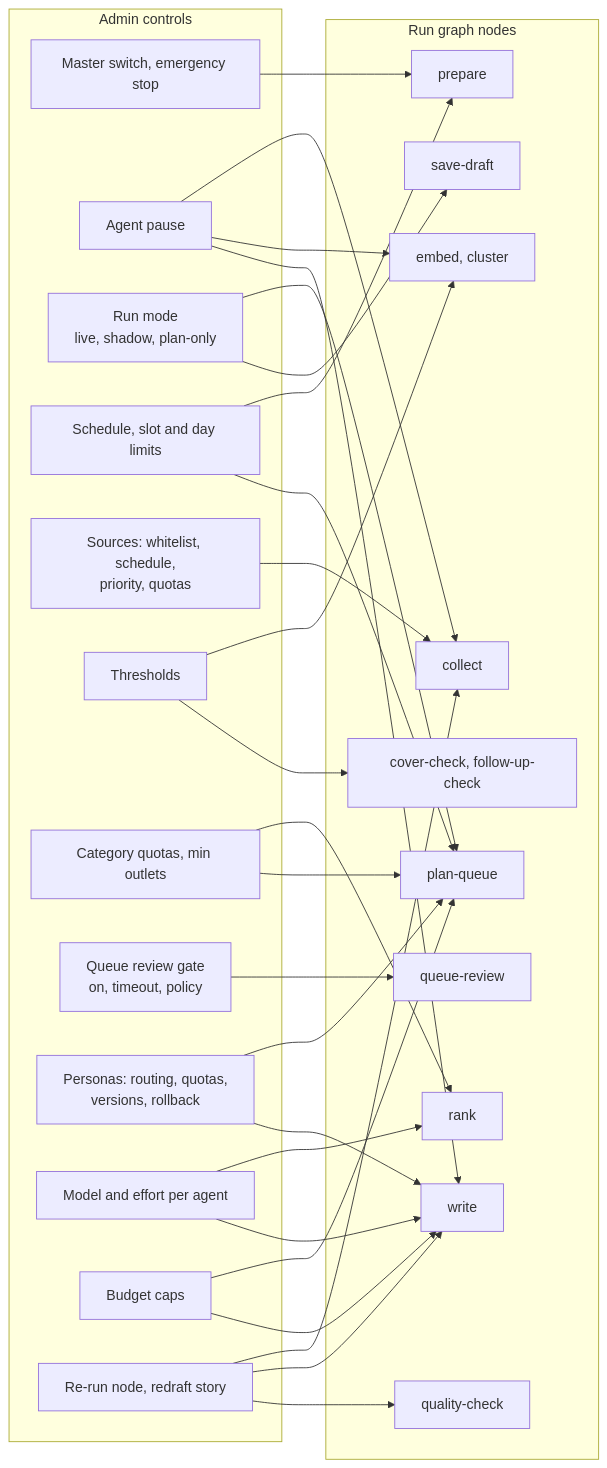
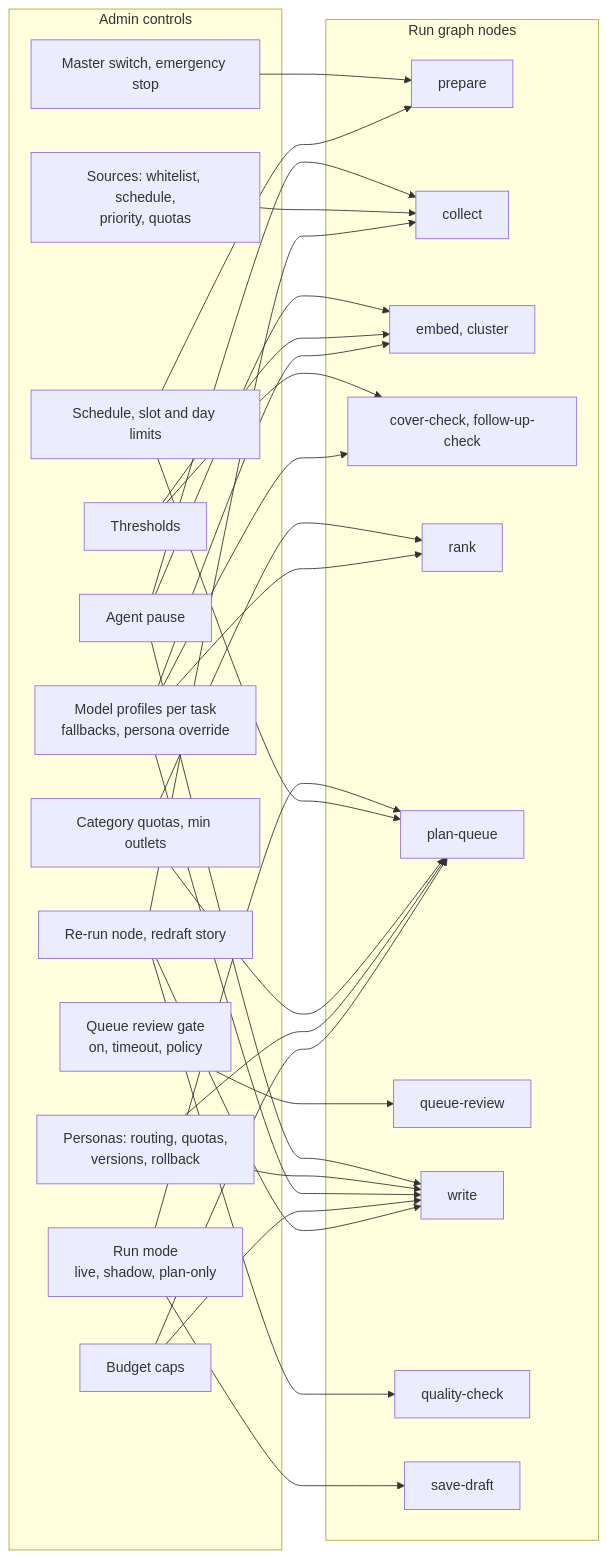
Diagram 19 of 20 in docs/ai-news-automation-plan.md (foysalahmedmin/z-news), drawn with Mermaid before and after one commit. The commit also changed other lines of this file, not shown here.

Commit message:
docs: make Gemini the default model with a provider-agnostic model layer in AI news automation plan

````diff
--- a/docs/ai-news-automation-plan.md
+++ b/docs/ai-news-automation-plan.md
@@ -1836,52 +1867,54 @@
 ```mermaid
 flowchart LR
     subgraph CTRL["Admin controls"]
         M1["Master switch, emergency stop"]
         M2["Agent pause"]
         M3["Run mode<br/>live, shadow, plan-only"]
         M4["Schedule, slot and day limits"]
         M5["Sources: whitelist, schedule,<br/>priority, quotas"]
         M6["Thresholds"]
         M7["Category quotas, min outlets"]
         M8["Queue review gate<br/>on, timeout, policy"]
         M9["Personas: routing, quotas,<br/>versions, rollback"]
-        M10["Model and effort per agent"]
+        M10["Model profiles per task<br/>fallbacks, persona override"]
         M11["Budget caps"]
         M12["Re-run node, redraft story"]
     end
     subgraph NODES["Run graph nodes"]
         N0["prepare"]
         N1["collect"]
         N2["embed, cluster"]
         N3["cover-check, follow-up-check"]
         N4["rank"]
         N5["plan-queue"]
         N6["queue-review"]
         N7["write"]
         N8["quality-check"]
         N9["save-draft"]
     end
     M1 --> N0
     M2 --> N1
     M2 --> N2
     M2 --> N7
     M3 --> N5
     M3 --> N9
     M4 --> N0
     M4 --> N5
     M5 --> N1
     M6 --> N2
     M6 --> N3
     M7 --> N4
     M7 --> N5
     M8 --> N6
     M9 --> N5
     M9 --> N7
+    M10 --> N2
+    M10 --> N3
     M10 --> N4
     M10 --> N7
     M11 --> N5
     M11 --> N7
     M12 --> N1
     M12 --> N7
     M12 --> N8
 ```
````
